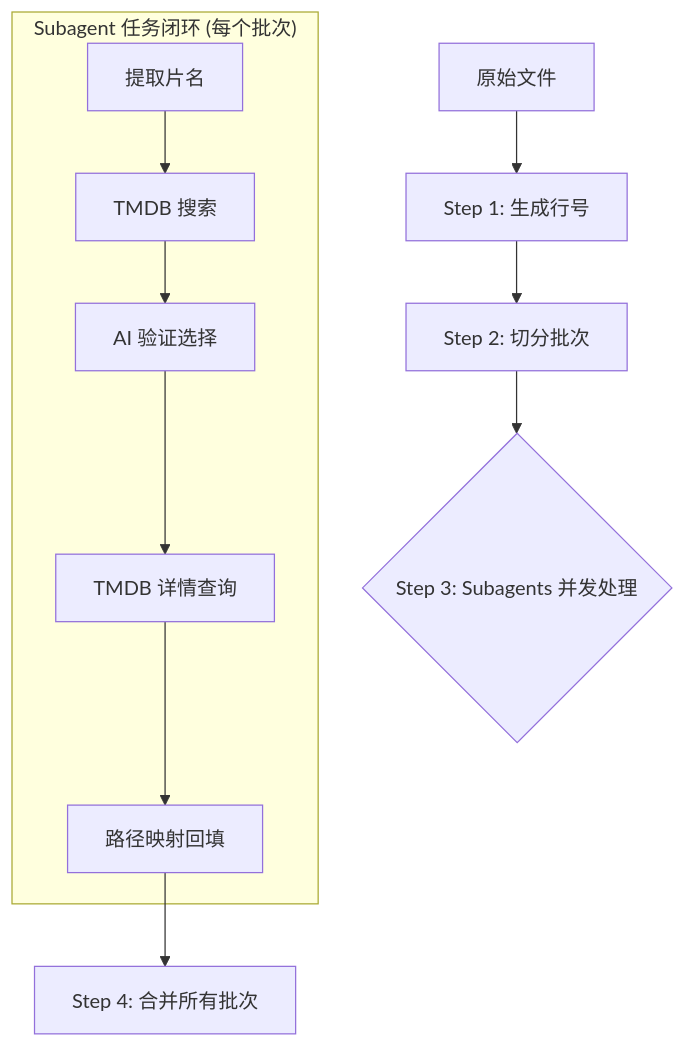
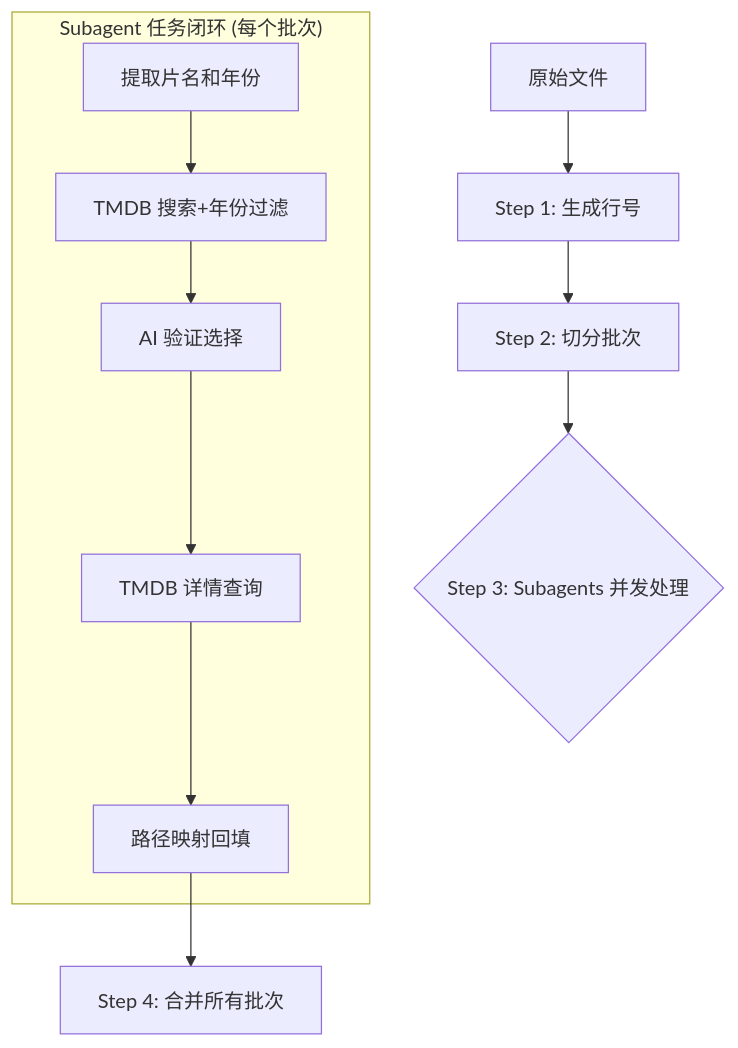
One commit to zengge96/tmdb-scrape changed the diagram in SKILL.md. Above: the diagram before and after it, drawn with Mermaid. The commit also changed other lines of this file and 1 other file, not shown here.

````diff
--- a/SKILL.md
+++ b/SKILL.md
@@ -12,15 +12,13 @@
 ```mermaid
 graph TD
-    A[原始文件] --> B[Step 1: 生成行号]
-    B --> C[Step 2: 切分批次]
-    C --> D{Step 3: Subagents 并发处理}
-    
-    subgraph "Subagent 任务闭环 (每个批次)"
-        D1[提取片名] --> D2[TMDB 搜索]
-        D2 --> D3[AI 验证选择]
-        D3 --> D4[TMDB 详情查询]
-        D4 --> D5[路径映射回填]
-    end
-
-    D5 --> E[Step 4: 合并所有批次]
+A[原始文件] --> B[Step 1: 生成行号]
+B --> C[Step 2: 切分批次]
+C --> D{Step 3: Subagents 并发处理}
+subgraph "Subagent 任务闭环 (每个批次)"
+D1[提取片名和年份] --> D2[TMDB 搜索+年份过滤]
+D2 --> D3[AI 验证选择]
+D3 --> D4[TMDB 详情查询]
+D4 --> D5[路径映射回填]
+end
+D5 --> E[Step 4: 合并所有批次]
 ```
````
